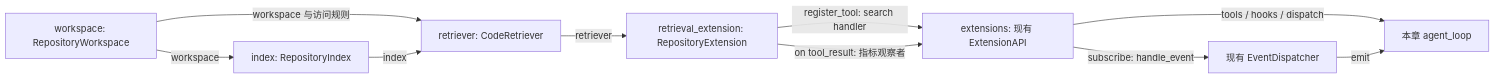
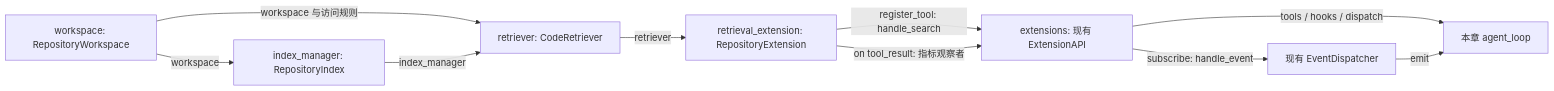
Before and after one commit to liuying151203-create/pi-code-agent: the first of 2 diagrams in docs/repository-retrieval-design.md, drawn with Mermaid. The commit also changed other lines of this file and 16 other files, not shown here.

Commit message:
feat(s16): add Zoekt repository search / 新增 Zoekt 仓库文本检索

````diff
--- a/docs/repository-retrieval-design.md
+++ b/docs/repository-retrieval-design.md
@@ -88,12 +88,12 @@
 ```mermaid
 flowchart LR
-    W[workspace: RepositoryWorkspace] -->|workspace| I[index: RepositoryIndex]
+    W[workspace: RepositoryWorkspace] -->|workspace| I[index_manager: RepositoryIndex]
     W -->|workspace 与访问规则| R[retriever: CodeRetriever]
-    I -->|index| R
+    I -->|index_manager| R
     R -->|retriever| X[retrieval_extension: RepositoryExtension]
-    X -->|register_tool: search handler| A[extensions: 现有 ExtensionAPI]
+    X -->|register_tool: handle_search| A[extensions: 现有 ExtensionAPI]
     X -->|on tool_result: 指标观察者| A
     A -->|tools / hooks / dispatch| L[本章 agent_loop]
     A -->|subscribe: handle_event| E[现有 EventDispatcher]
     E -->|emit| L
 ```
````
